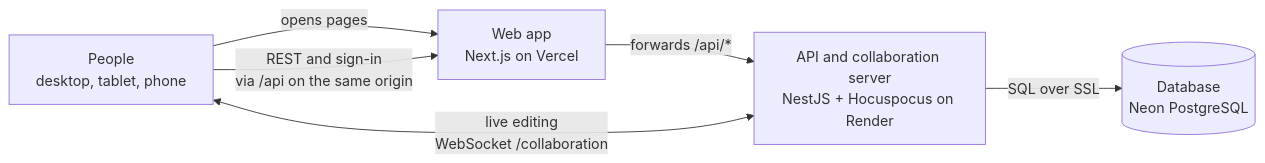
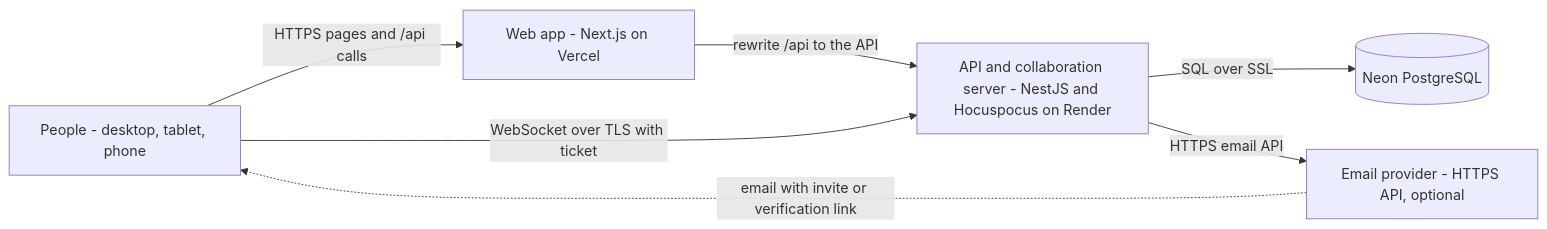
One commit to syncspace-app/syncspace changed the first of 7 diagrams in docs/architecture-hld.md. Above: the diagram before and after it, drawn with Mermaid. The commit also changed other lines of this file and 2 other files, not shown here.

````diff
--- a/docs/architecture-hld.md
+++ b/docs/architecture-hld.md
@@ -67,13 +65,15 @@
 ```mermaid
 flowchart LR
-  U["People<br/>desktop, tablet, phone"]
-  W["Web app<br/>Next.js on Vercel"]
-  A["API and collaboration server<br/>NestJS + Hocuspocus on Render"]
-  D[("Database<br/>Neon PostgreSQL")]
+  P[People - desktop, tablet, phone]
+  W[Web app - Next.js on Vercel]
+  A[API and collaboration server - NestJS and Hocuspocus on Render]
+  D[(Neon PostgreSQL)]
+  E[Email provider - HTTPS API, optional]
 
-  U -->|"opens pages"| W
-  U -->|"REST and sign-in<br/>via /api on the same origin"| W
-  W -->|"forwards /api/*"| A
-  U <-->|"live editing<br/>WebSocket /collaboration"| A
-  A -->|"SQL over SSL"| D
+  P -->|HTTPS pages and /api calls| W
+  W -->|rewrite /api to the API| A
+  P -->|WebSocket over TLS with ticket| A
+  A -->|SQL over SSL| D
+  A -->|HTTPS email API| E
+  E -.->|email with invite or verification link| P
 ```
````
